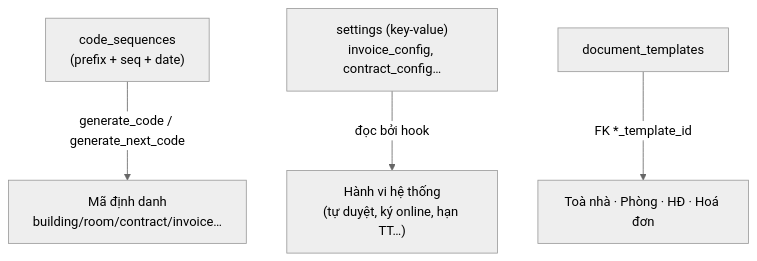
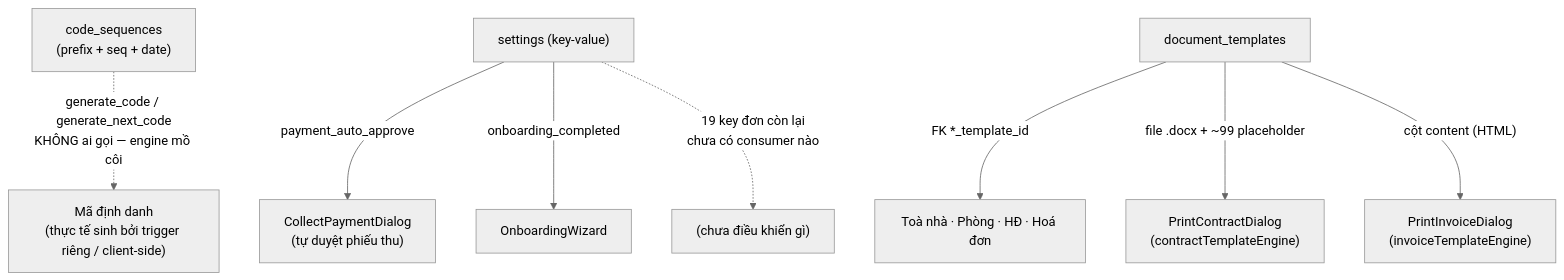
One commit to zxGreenxz/whiteboard-ihomecrm changed the second of 4 diagrams in docs/he-thong/14-cai-dat-danh-muc-tai-lieu.md. Above: the diagram before and after it, drawn with Mermaid (neutral theme). The commit also changed other lines of this file and 17 other files, not shown here.

````diff
--- a/docs/he-thong/14-cai-dat-danh-muc-tai-lieu.md
+++ b/docs/he-thong/14-cai-dat-danh-muc-tai-lieu.md
@@ -179,6 +195,10 @@
 ```mermaid
 flowchart TD
-    seq["code_sequences<br/>(prefix + seq + date)"] -->|generate_code / generate_next_code| codes["Mã định danh<br/>building/room/contract/invoice…"]
-    settings["settings (key-value)<br/>invoice_config, contract_config…"] -->|đọc bởi hook| behavior["Hành vi hệ thống<br/>(tự duyệt, ký online, hạn TT…)"]
+    seq["code_sequences<br/>(prefix + seq + date)"] -.->|"generate_code / generate_next_code<br/>KHÔNG ai gọi — engine mồ côi"| codes["Mã định danh<br/>(thực tế sinh bởi trigger riêng / client-side)"]
+    settings["settings (key-value)"] -->|payment_auto_approve| collect["CollectPaymentDialog<br/>(tự duyệt phiếu thu)"]
+    settings -->|onboarding_completed| onboard["OnboardingWizard"]
+    settings -.->|"19 key đơn còn lại<br/>chưa có consumer nào"| ghost["(chưa điều khiển gì)"]
     tpl["document_templates"] -->|FK *_template_id| domains["Toà nhà · Phòng · HĐ · Hoá đơn"]
+    tpl -->|"file .docx + ~99 placeholder"| pc["PrintContractDialog<br/>(contractTemplateEngine)"]
+    tpl -->|"cột content (HTML)"| pi["PrintInvoiceDialog<br/>(invoiceTemplateEngine)"]
 ```
````
